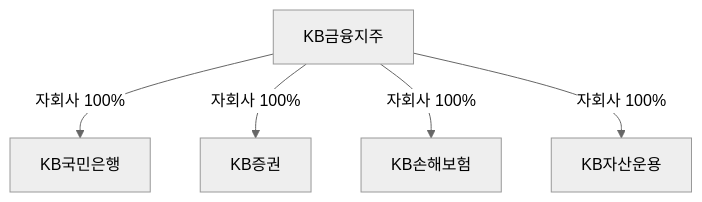
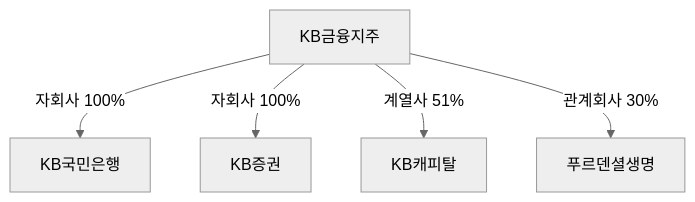
The third of 4 diagrams in compass/database-structure.md (fntimes/docs), drawn with Mermaid (neutral theme) before and after one commit. The commit also changed other lines of this file and 1 other file, not shown here.

````diff
--- a/compass/database-structure.md
+++ b/compass/database-structure.md
@@ -115,8 +107,8 @@
 ```mermaid
 graph TD
     KB[KB금융지주]
     KB -->|"자회사 100%"| KB1[KB국민은행]
     KB -->|"자회사 100%"| KB2[KB증권]
-    KB -->|"자회사 100%"| KB3[KB손해보험]
-    KB -->|"자회사 100%"| KB4[KB자산운용]
+    KB -->|"계열사 51%"| KB3[KB캐피탈]
+    KB -->|"관계회사 30%"| KB4[푸르덴셜생명]
 ```
````
